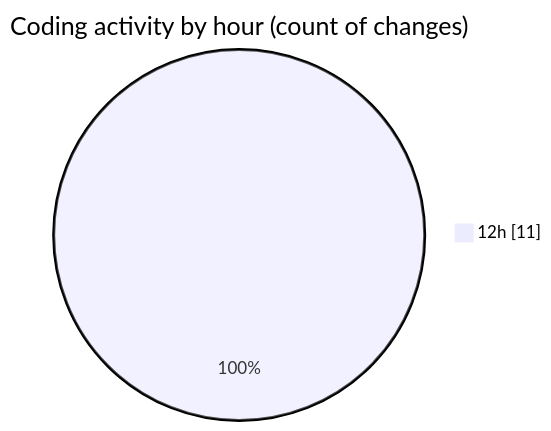
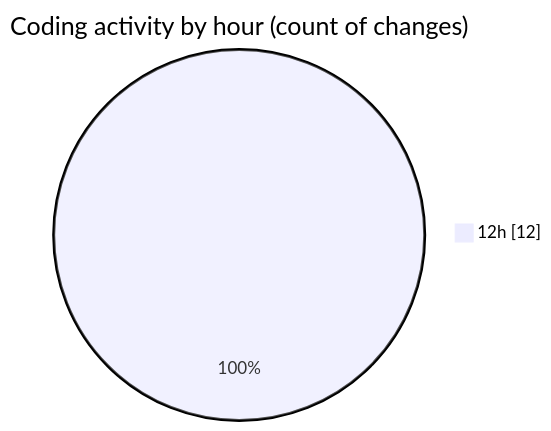
One commit to ricardozamudiocil/code-tracking changed the second of 2 diagrams in 2026-02-25/cilapp/README.md. Above: the diagram before and after it, drawn with Mermaid. The commit also changed other lines of this file and 1 other file, not shown here.

````diff
--- a/2026-02-25/cilapp/README.md
+++ b/2026-02-25/cilapp/README.md
@@ -31,5 +32,5 @@
 ```mermaid
 pie showData
 title Coding activity by hour (count of changes)
-"12h" : 11
+"12h" : 12
 ```
````
